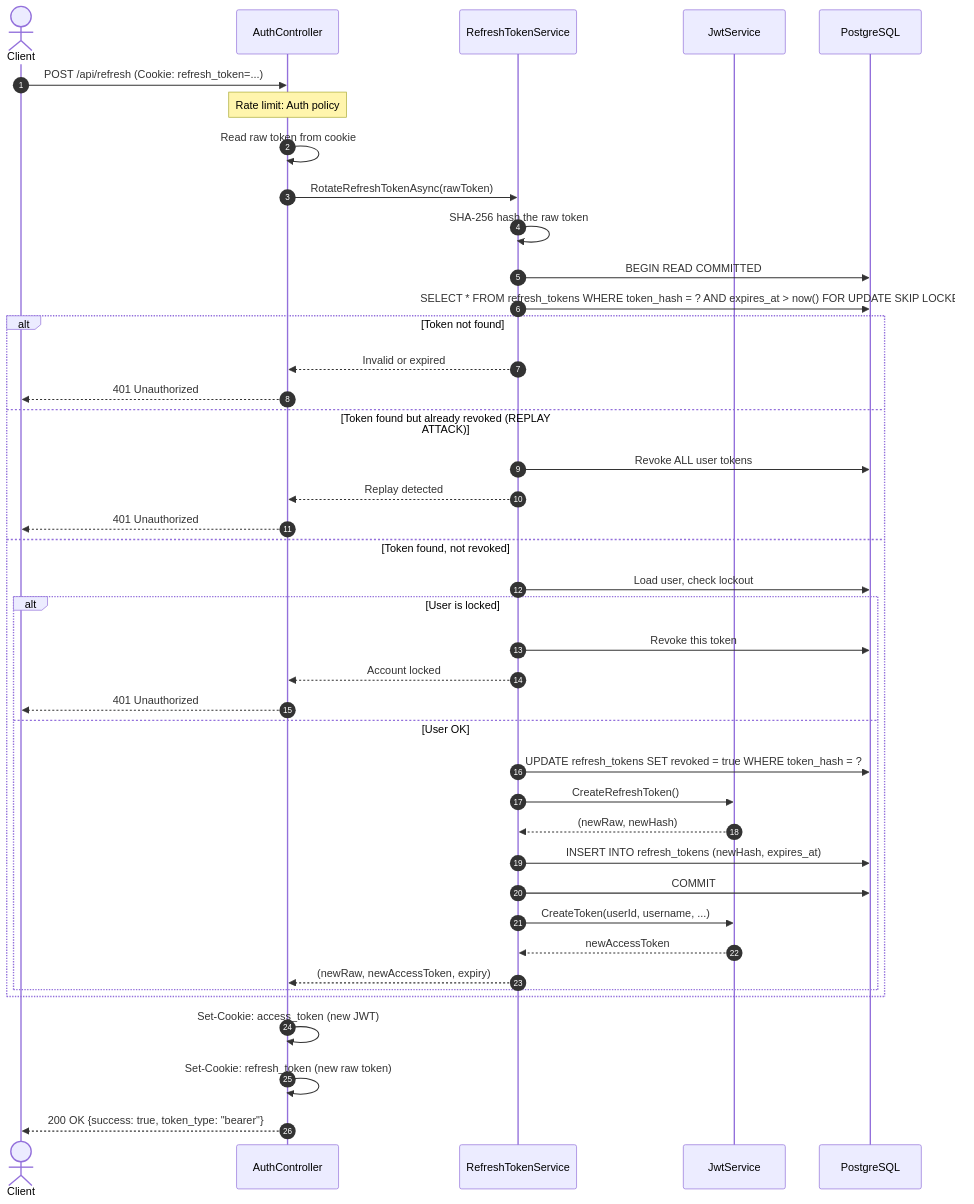
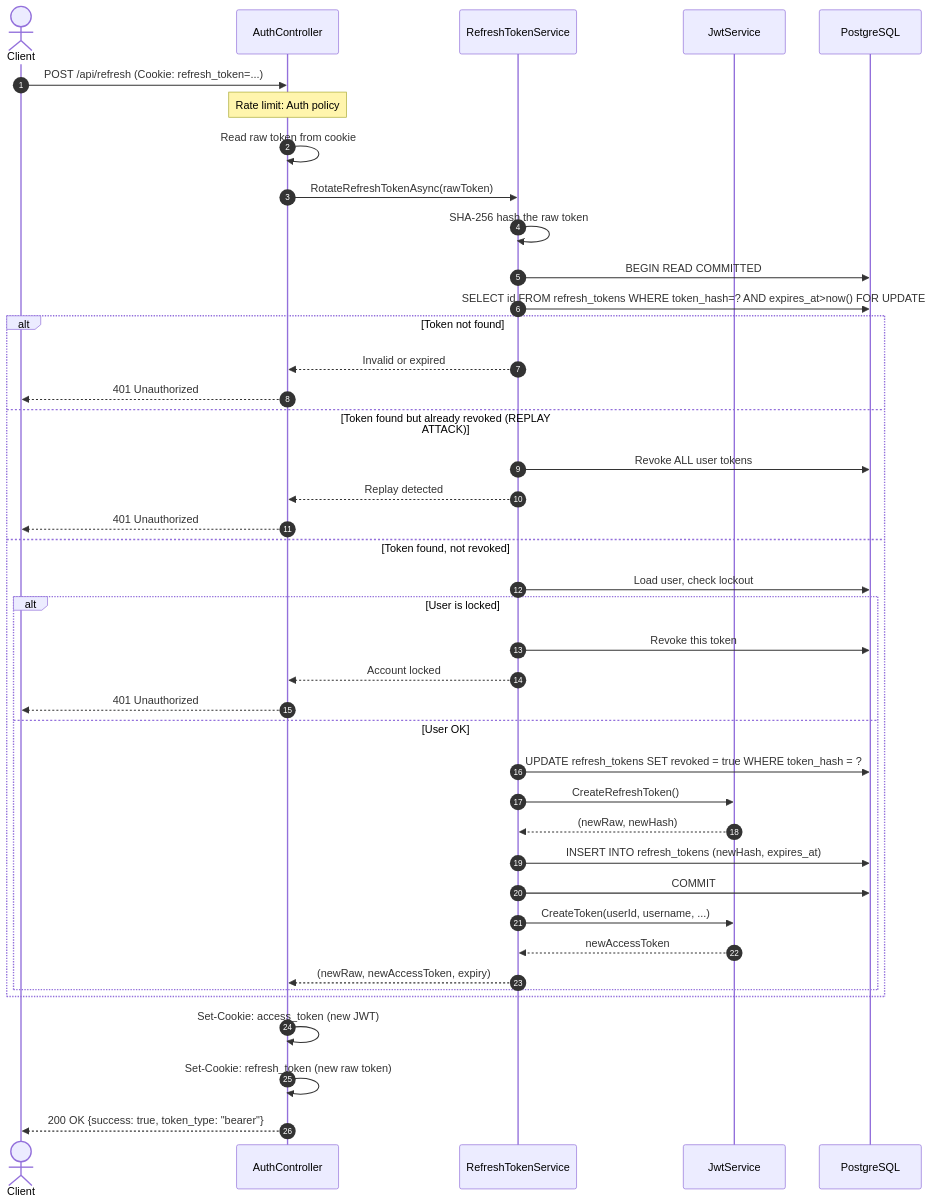
One commit to Zuhir-Benslama/NARS changed the second of 7 diagrams in docs/uml/nars-sequence-diagram.md. Above: the diagram before and after it, drawn with Mermaid. The commit also changed other lines of this file and 54 other files, not shown here.

````diff
--- a/docs/uml/nars-sequence-diagram.md
+++ b/docs/uml/nars-sequence-diagram.md
@@ -75,49 +75,49 @@
 ```mermaid
 sequenceDiagram
     autonumber
     actor Client
     participant AuthController
     participant RefreshTokenService
     participant JwtService
     participant PostgreSQL
 
     Client->>AuthController: POST /api/refresh (Cookie: refresh_token=...)
     Note over AuthController: Rate limit: Auth policy
 
     AuthController->>AuthController: Read raw token from cookie
     AuthController->>RefreshTokenService: RotateRefreshTokenAsync(rawToken)
 
     RefreshTokenService->>RefreshTokenService: SHA-256 hash the raw token
 
     RefreshTokenService->>PostgreSQL: BEGIN READ COMMITTED
-    RefreshTokenService->>PostgreSQL: SELECT * FROM refresh_tokens WHERE token_hash = ? AND expires_at > now() FOR UPDATE SKIP LOCKED
+    RefreshTokenService->>PostgreSQL: SELECT id FROM refresh_tokens WHERE token_hash=? AND expires_at>now() FOR UPDATE
 
     alt Token not found
         RefreshTokenService-->>AuthController: Invalid or expired
         AuthController-->>Client: 401 Unauthorized
     else Token found but already revoked (REPLAY ATTACK)
         RefreshTokenService->>PostgreSQL: Revoke ALL user tokens
         RefreshTokenService-->>AuthController: Replay detected
         AuthController-->>Client: 401 Unauthorized
     else Token found, not revoked
         RefreshTokenService->>PostgreSQL: Load user, check lockout
         alt User is locked
             RefreshTokenService->>PostgreSQL: Revoke this token
             RefreshTokenService-->>AuthController: Account locked
             AuthController-->>Client: 401 Unauthorized
         else User OK
             RefreshTokenService->>PostgreSQL: UPDATE refresh_tokens SET revoked = true WHERE token_hash = ?
             RefreshTokenService->>JwtService: CreateRefreshToken()
             JwtService-->>RefreshTokenService: (newRaw, newHash)
             RefreshTokenService->>PostgreSQL: INSERT INTO refresh_tokens (newHash, expires_at)
             RefreshTokenService->>PostgreSQL: COMMIT
             RefreshTokenService->>JwtService: CreateToken(userId, username, ...)
             JwtService-->>RefreshTokenService: newAccessToken
             RefreshTokenService-->>AuthController: (newRaw, newAccessToken, expiry)
         end
     end
 
     AuthController->>AuthController: Set-Cookie: access_token (new JWT)
     AuthController->>AuthController: Set-Cookie: refresh_token (new raw token)
     AuthController-->>Client: 200 OK {success: true, token_type: "bearer"}
 ```
````
